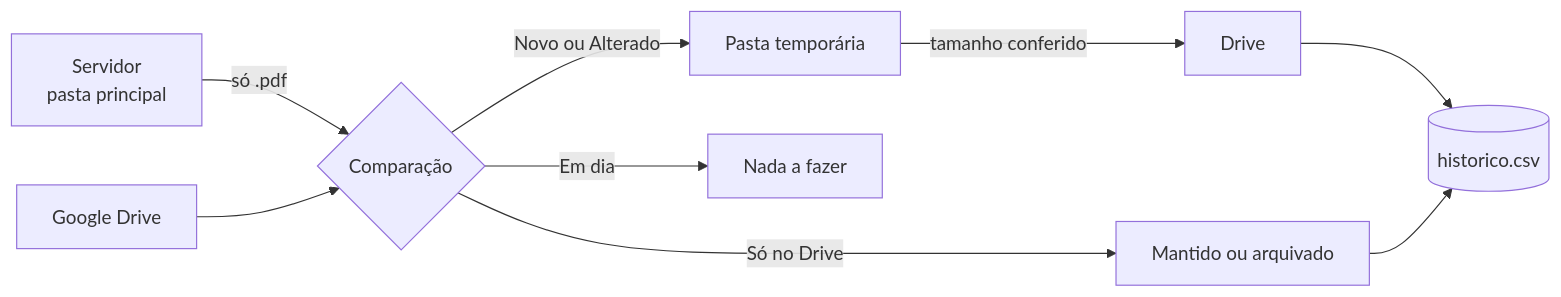
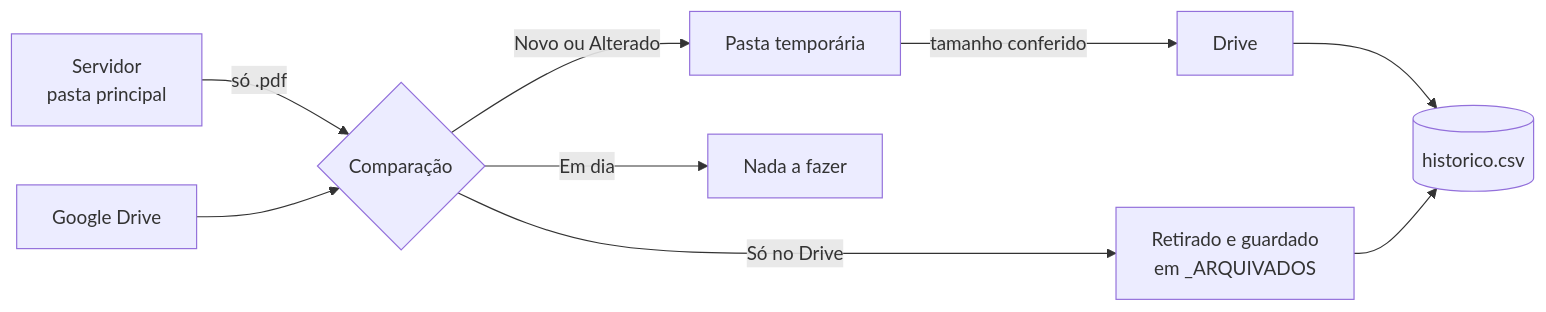
The diagram in README.md (KaiKe000708/Sync-drive-pdf-maps), drawn with Mermaid before and after one commit. The commit also changed other lines of this file, not shown here.

````diff
--- a/README.md
+++ b/README.md
@@ -89,11 +90,11 @@
 ```mermaid
 flowchart LR
     A[Servidor<br/>pasta principal] -->|só .pdf| B{Comparação}
     C[Google Drive] --> B
     B -->|Novo ou Alterado| D[Pasta temporária]
     D -->|tamanho conferido| E[Drive]
     B -->|Em dia| F[Nada a fazer]
-    B -->|Só no Drive| G[Mantido ou arquivado]
+    B -->|Só no Drive| G[Retirado e guardado<br/>em _ARQUIVADOS]
     E --> H[(historico.csv)]
     G --> H
 ```
````
